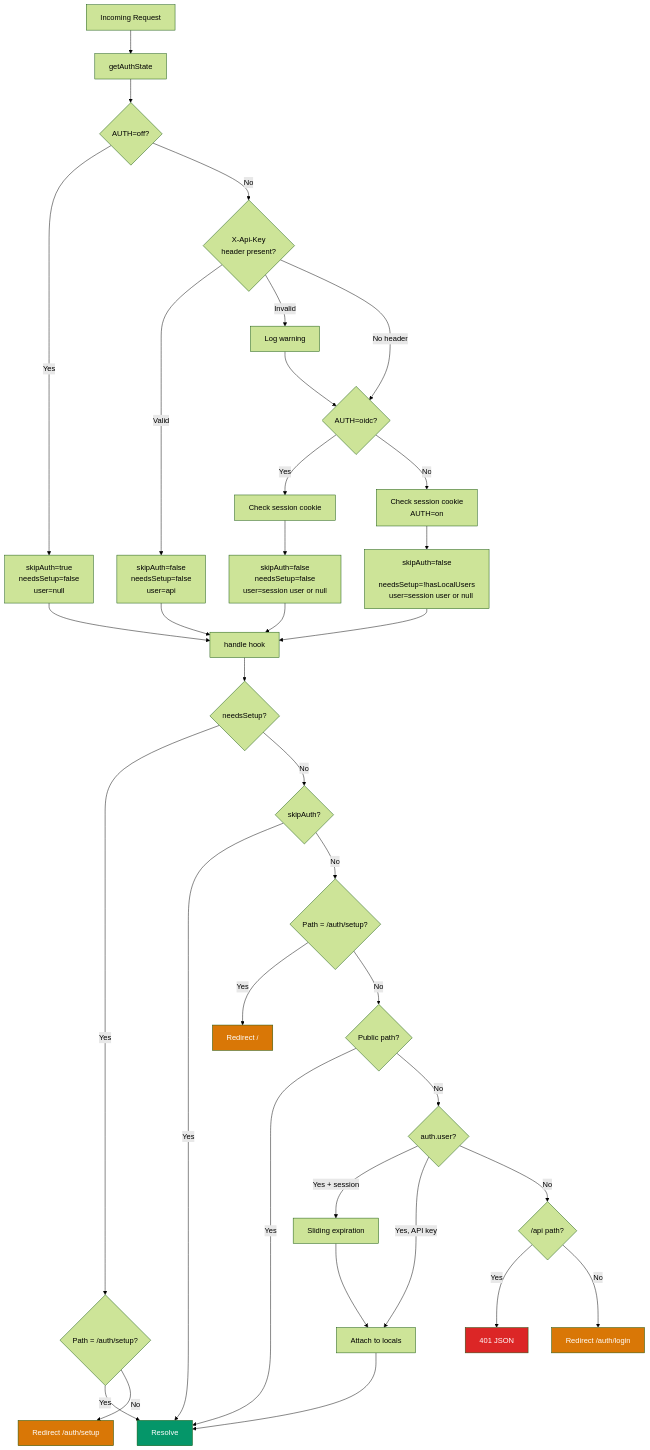
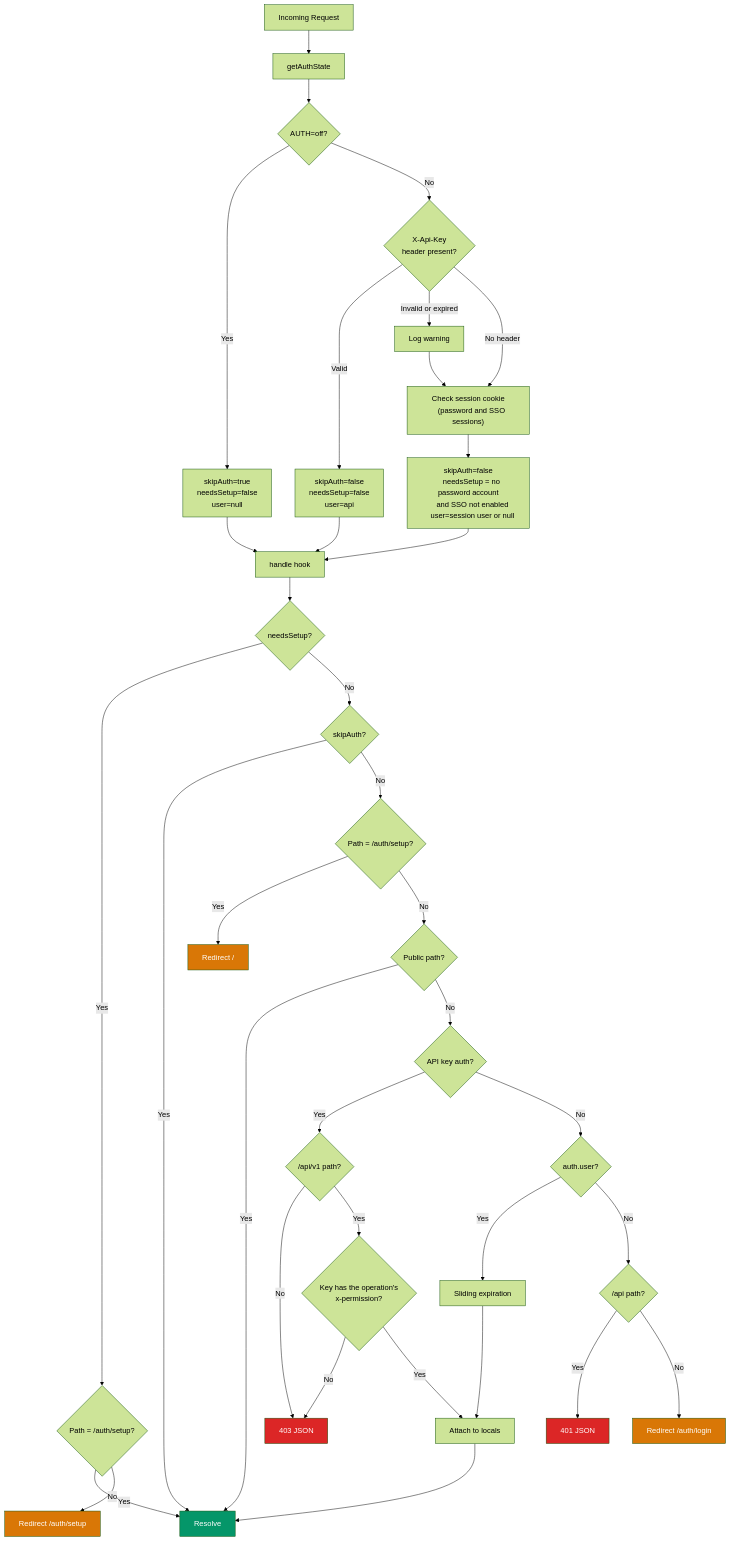
One commit to Dictionarry-Hub/profilarr changed the second of 2 diagrams in docs/backend/security.md. Above: the diagram before and after it, drawn with Mermaid (forest theme). The commit also changed other lines of this file and 36 other files, not shown here.

Commit message:
feat: allow password and SSO login together (#947)

````diff
--- a/docs/backend/security.md
+++ b/docs/backend/security.md
@@ -193,62 +275,65 @@
 ```mermaid
 flowchart TD
     REQ[Incoming Request] --> GAS[getAuthState]
 
     GAS --> OFF{AUTH=off?}
     OFF -->|Yes| S_OFF["skipAuth=true
     needsSetup=false
     user=null"]
 
     OFF -->|No| APIKEY{"X-Api-Key
     header present?"}
     APIKEY -->|Valid| S_API["skipAuth=false
     needsSetup=false
     user=api"]
-    APIKEY -->|Invalid| LOG_BAD[Log warning] --> OIDC
-    APIKEY -->|No header| OIDC
+    APIKEY -->|Invalid or expired| LOG_BAD[Log warning] --> SESS
+    APIKEY -->|No header| SESS
 
-    OIDC{AUTH=oidc?}
-    OIDC -->|Yes| SESS_OIDC[Check session cookie] --> S_OIDC["skipAuth=false
-    needsSetup=false
-    user=session user or null"]
-
-    OIDC -->|No| SESS_ON["Check session cookie
-    AUTH=on"] --> S_ON["skipAuth=false
-    needsSetup=!hasLocalUsers
+    SESS["Check session cookie
+    (password and SSO sessions)"] --> S_ON["skipAuth=false
+    needsSetup = no password account
+    and SSO not enabled
     user=session user or null"]
 
     S_OFF --> HOOK
     S_API --> HOOK
-    S_OIDC --> HOOK
     S_ON --> HOOK
 
     HOOK[handle hook]
     HOOK --> NEED_SETUP{needsSetup?}
 
     NEED_SETUP -->|Yes| IS_SETUP{Path = /auth/setup?}
     IS_SETUP -->|Yes| RESOLVE[Resolve]
     IS_SETUP -->|No| R_SETUP[Redirect /auth/setup]
 
     NEED_SETUP -->|No| SKIP{skipAuth?}
     SKIP -->|Yes| RESOLVE
 
     SKIP -->|No| BLOCK_SETUP{Path = /auth/setup?}
     BLOCK_SETUP -->|Yes| R_HOME[Redirect /]
 
     BLOCK_SETUP -->|No| PUBLIC{Public path?}
     PUBLIC -->|Yes| RESOLVE
 
-    PUBLIC -->|No| HAS_USER{auth.user?}
-    HAS_USER -->|Yes + session| EXTEND[Sliding expiration] --> ATTACH[Attach to locals] --> RESOLVE
-    HAS_USER -->|Yes, API key| ATTACH
+    PUBLIC -->|No| IS_KEY{API key auth?}
+    IS_KEY -->|Yes| V1{/api/v1 path?}
+    V1 -->|No| RESP_403[403 JSON]
+    V1 -->|Yes| PERM{"Key has the operation's
+    x-permission?"}
+    PERM -->|No| RESP_403
+    PERM -->|Yes| ATTACH
+
+    IS_KEY -->|No| HAS_USER{auth.user?}
+    HAS_USER -->|Yes| EXTEND[Sliding expiration] --> ATTACH[Attach to locals] --> RESOLVE
 
     HAS_USER -->|No| IS_API{/api path?}
     IS_API -->|Yes| RESP_401[401 JSON]
     IS_API -->|No| R_LOGIN[Redirect /auth/login]
 
     style RESOLVE fill:#059669,color:#fff
     style RESP_401 fill:#dc2626,color:#fff
+    style RESP_403 fill:#dc2626,color:#fff
     style R_SETUP fill:#d97706,color:#fff
     style R_HOME fill:#d97706,color:#fff
     style R_LOGIN fill:#d97706,color:#fff
 ```
````
